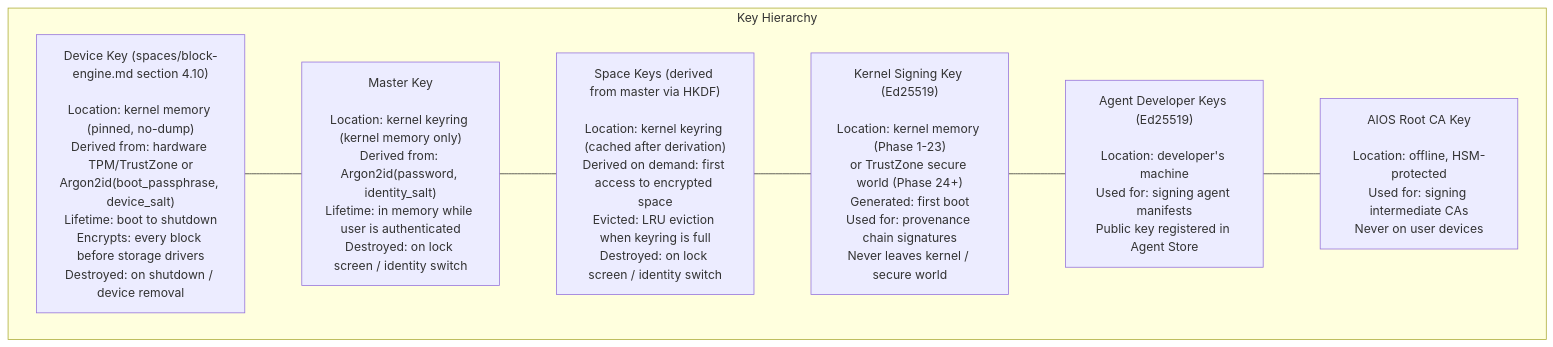
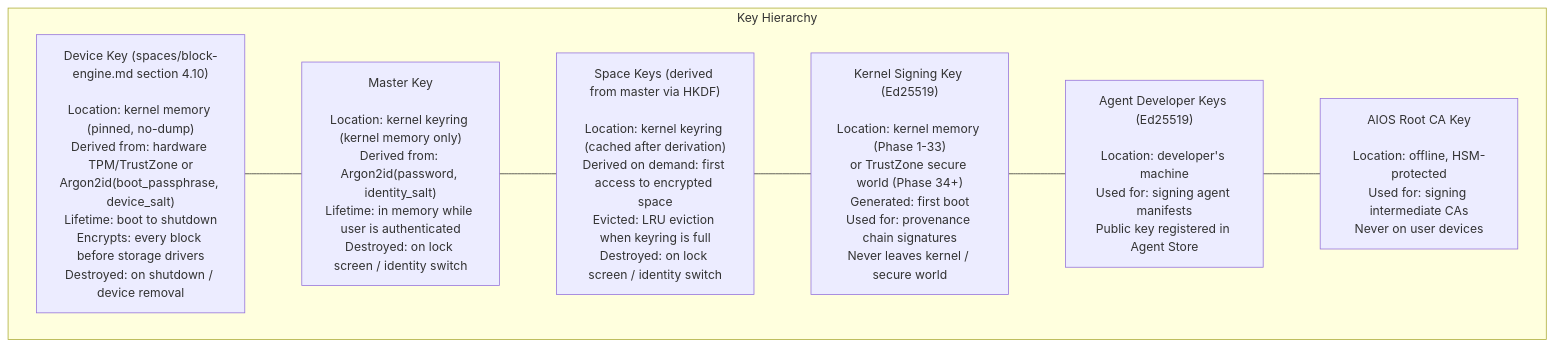
Before and after one commit to juslee/aios: the first of 3 diagrams in docs/security/model/hardening.md, drawn with Mermaid. The commit also changed other lines of this file and 94 other files, not shown here.

````diff
--- a/docs/security/model/hardening.md
+++ b/docs/security/model/hardening.md
@@ -29,18 +29,18 @@
 ```mermaid
 flowchart TD
     subgraph KH["Key Hierarchy"]
         DK["Device Key (spaces/block-engine.md section 4.10)\n\nLocation: kernel memory (pinned, no-dump)\nDerived from: hardware TPM/TrustZone or\nArgon2id(boot_passphrase, device_salt)\nLifetime: boot to shutdown\nEncrypts: every block before storage drivers\nDestroyed: on shutdown / device removal"]
 
         MK["Master Key\n\nLocation: kernel keyring (kernel memory only)\nDerived from: Argon2id(password, identity_salt)\nLifetime: in memory while user is authenticated\nDestroyed: on lock screen / identity switch"]
 
         SK["Space Keys (derived from master via HKDF)\n\nLocation: kernel keyring (cached after derivation)\nDerived on demand: first access to encrypted space\nEvicted: LRU eviction when keyring is full\nDestroyed: on lock screen / identity switch"]
 
-        KSK["Kernel Signing Key (Ed25519)\n\nLocation: kernel memory (Phase 1-23)\nor TrustZone secure world (Phase 24+)\nGenerated: first boot\nUsed for: provenance chain signatures\nNever leaves kernel / secure world"]
+        KSK["Kernel Signing Key (Ed25519)\n\nLocation: kernel memory (Phase 1-33)\nor TrustZone secure world (Phase 34+)\nGenerated: first boot\nUsed for: provenance chain signatures\nNever leaves kernel / secure world"]
 
         ADK["Agent Developer Keys (Ed25519)\n\nLocation: developer's machine\nUsed for: signing agent manifests\nPublic key registered in Agent Store"]
 
         RCA["AIOS Root CA Key\n\nLocation: offline, HSM-protected\nUsed for: signing intermediate CAs\nNever on user devices"]
     end
 
     DK --- MK --- SK --- KSK --- ADK --- RCA
 ```
````
